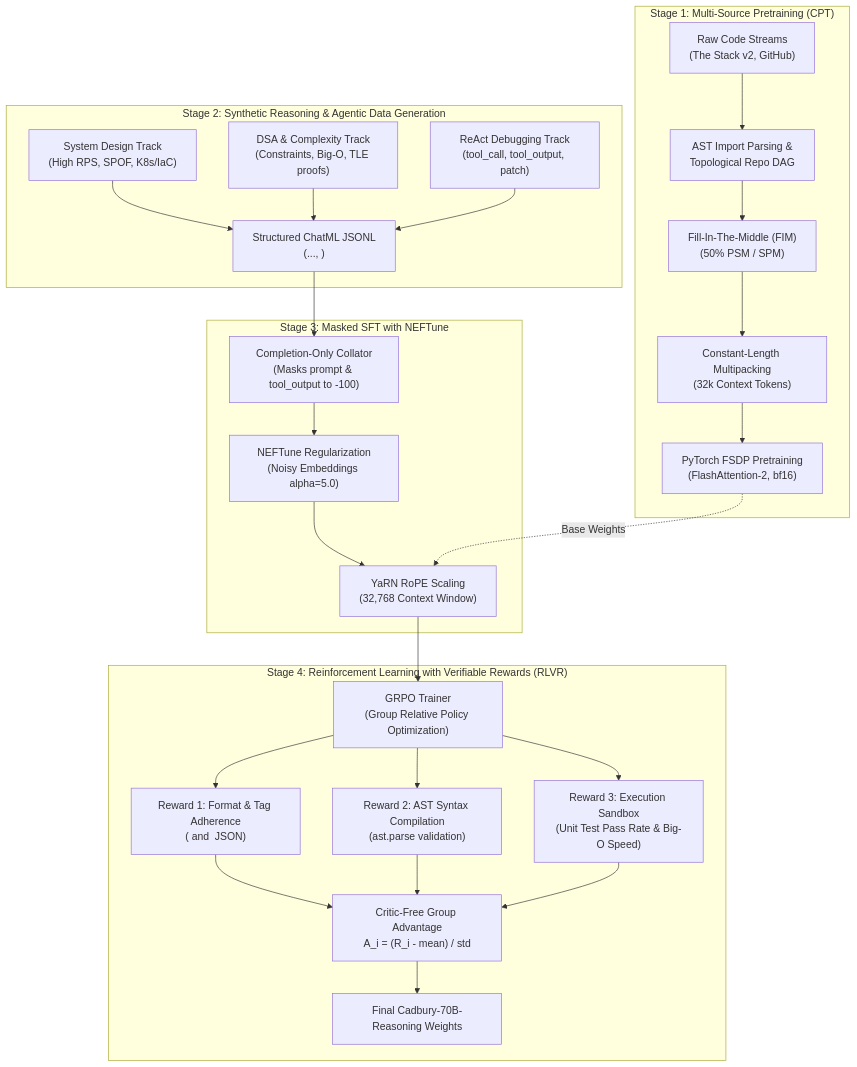
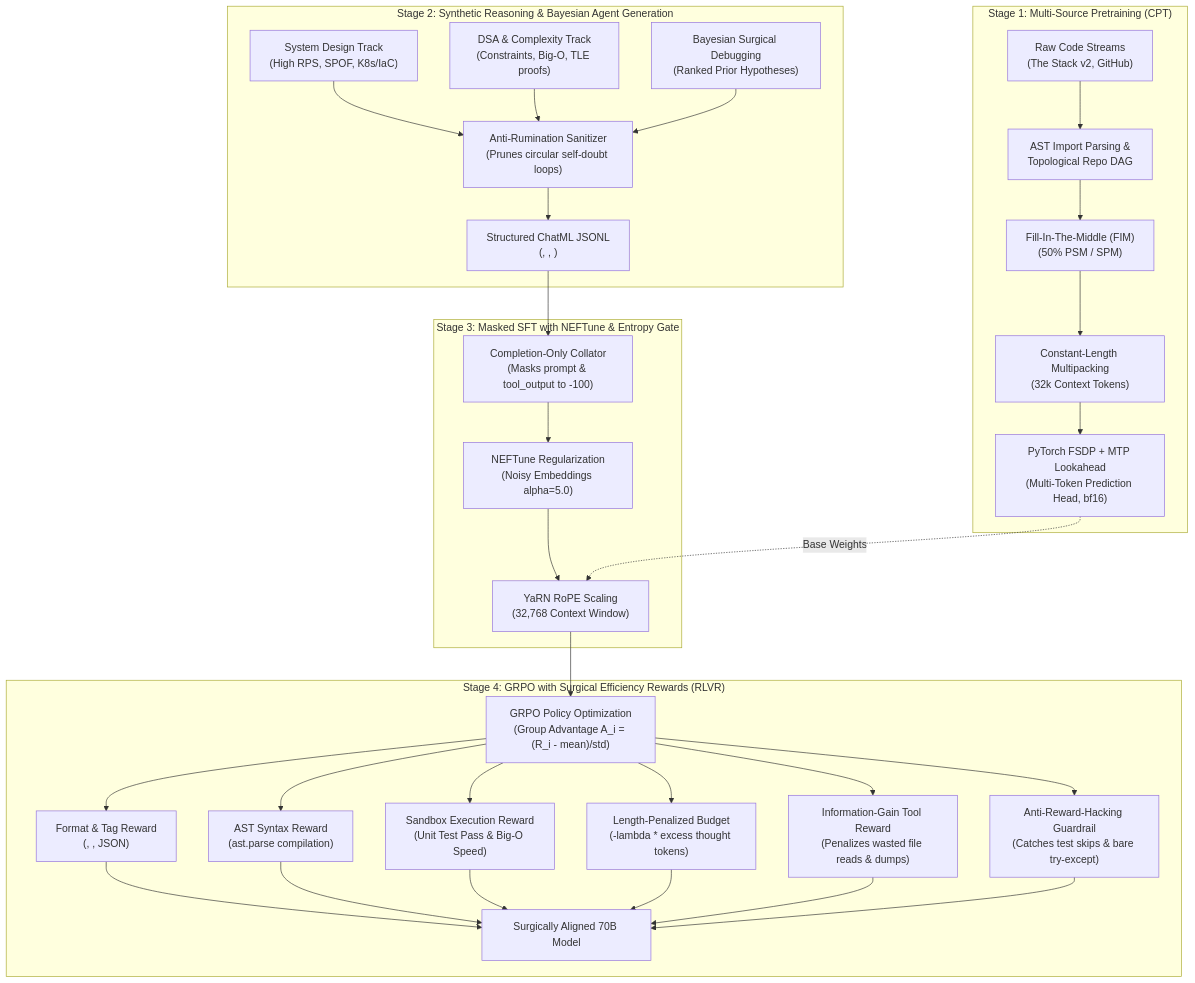
One commit to erexhost-lang/cadbury_chocolate_70b changed the diagram in README.md. Above: the diagram before and after it, drawn with Mermaid. The commit also changed other lines of this file and 6 other files, not shown here.

Commit message:
Add Bayesian localization, anti-rumination filter, MTP, entropy early exit, and length/info-gain GRPO rewards

````diff
--- a/README.md
+++ b/README.md
@@ -11,32 +11,35 @@
 ```mermaid
 flowchart TD
     subgraph Stage1["Stage 1: Multi-Source Pretraining (CPT)"]
         A1["Raw Code Streams\n(The Stack v2, GitHub)"] --> A2["AST Import Parsing &\nTopological Repo DAG"]
         A2 --> A3["Fill-In-The-Middle (FIM)\n(50% PSM / SPM)"]
         A3 --> A4["Constant-Length Multipacking\n(32k Context Tokens)"]
-        A4 --> A5["PyTorch FSDP Pretraining\n(FlashAttention-2, bf16)"]
+        A4 --> A5["PyTorch FSDP + MTP Lookahead\n(Multi-Token Prediction Head, bf16)"]
     end
 
-    subgraph Stage2["Stage 2: Synthetic Reasoning & Agentic Data Generation"]
+    subgraph Stage2["Stage 2: Synthetic Reasoning & Bayesian Agent Generation"]
         B1["System Design Track\n(High RPS, SPOF, K8s/IaC)"]
         B2["DSA & Complexity Track\n(Constraints, Big-O, TLE proofs)"]
-        B3["ReAct Debugging Track\n(tool_call, tool_output, patch)"]
-        B1 & B2 & B3 --> B4["Structured ChatML JSONL\n(<think>...</think>, <tool_call>)"]
+        B3["Bayesian Surgical Debugging\n(Ranked Prior Hypotheses)"]
+        B1 & B2 & B3 --> B4["Anti-Rumination Sanitizer\n(Prunes circular self-doubt loops)"]
+        B4 --> B5["Structured ChatML JSONL\n(<think>, <hypothesis>, <tool_call>)"]
     end
 
-    subgraph Stage3["Stage 3: Masked SFT with NEFTune"]
-        B4 --> C1["Completion-Only Collator\n(Masks prompt & tool_output to -100)"]
+    subgraph Stage3["Stage 3: Masked SFT with NEFTune & Entropy Gate"]
+        B5 --> C1["Completion-Only Collator\n(Masks prompt & tool_output to -100)"]
         C1 --> C2["NEFTune Regularization\n(Noisy Embeddings alpha=5.0)"]
         C2 --> C3["YaRN RoPE Scaling\n(32,768 Context Window)"]
         A5 -. Base Weights .-> C3
     end
 
-    subgraph Stage4["Stage 4: Reinforcement Learning with Verifiable Rewards (RLVR)"]
-        C3 --> D1["GRPO Trainer\n(Group Relative Policy Optimization)"]
-        D1 --> R1["Reward 1: Format & Tag Adherence\n(<think> and <tool_call> JSON)"]
-        D1 --> R2["Reward 2: AST Syntax Compilation\n(ast.parse validation)"]
-        D1 --> R3["Reward 3: Execution Sandbox\n(Unit Test Pass Rate & Big-O Speed)"]
-        R1 & R2 & R3 --> D2["Critic-Free Group Advantage\nA_i = (R_i - mean) / std"]
-        D2 --> D3["Final Cadbury-70B-Reasoning Weights"]
+    subgraph Stage4["Stage 4: GRPO with Surgical Efficiency Rewards (RLVR)"]
+        C3 --> D1["GRPO Policy Optimization\n(Group Advantage A_i = (R_i - mean)/std)"]
+        D1 --> R1["Format & Tag Reward\n(<think>, <hypothesis>, JSON)"]
+        D1 --> R2["AST Syntax Reward\n(ast.parse compilation)"]
+        D1 --> R3["Sandbox Execution Reward\n(Unit Test Pass & Big-O Speed)"]
+        D1 --> R4["Length-Penalized Budget\n(-lambda * excess thought tokens)"]
+        D1 --> R5["Information-Gain Tool Reward\n(Penalizes wasted file reads & dumps)"]
+        D1 --> R6["Anti-Reward-Hacking Guardrail\n(Catches test skips & bare try-except)"]
+        R1 & R2 & R3 & R4 & R5 & R6 --> D2["Surgically Aligned 70B Model"]
     end
 ```
````
